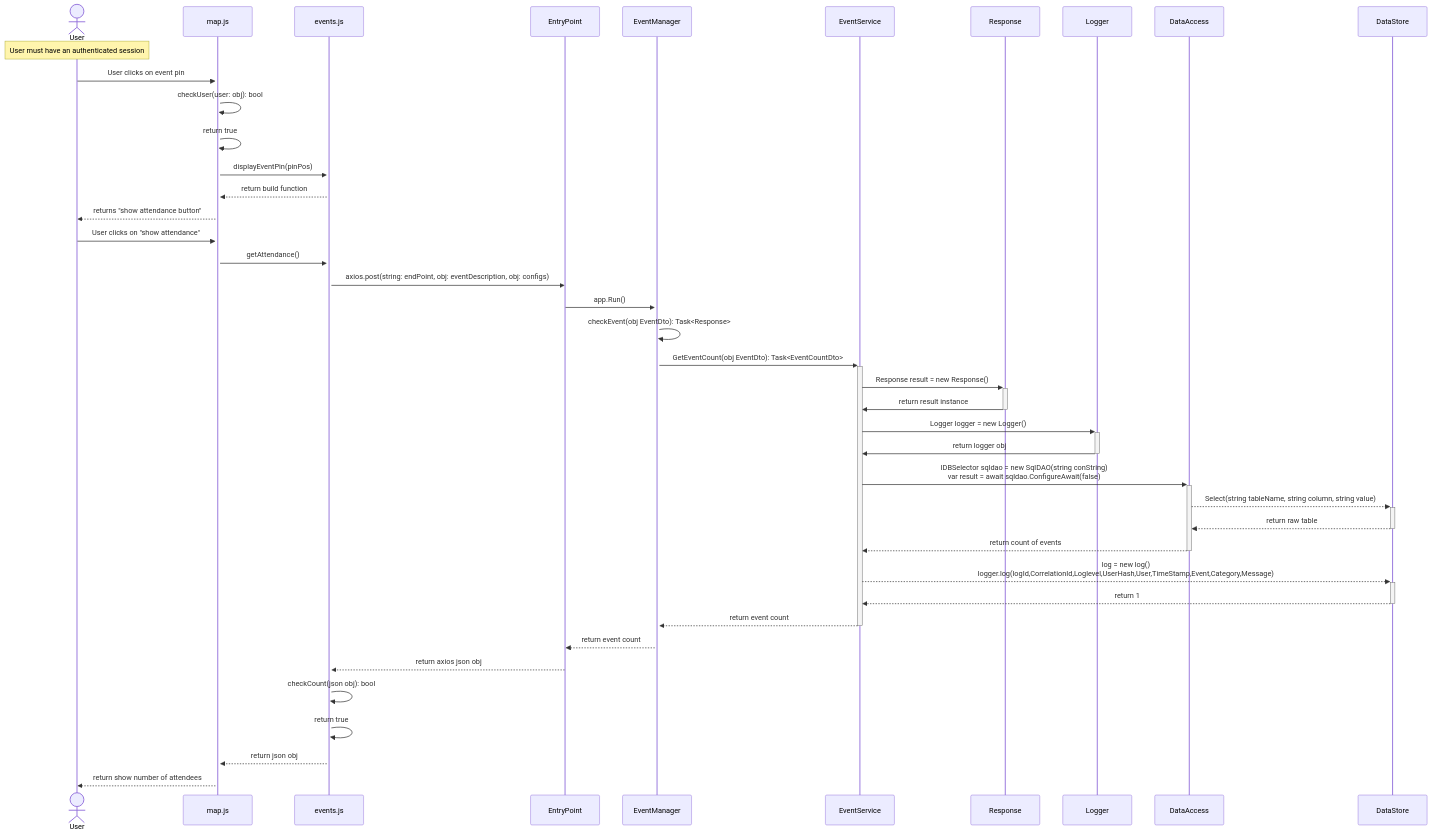
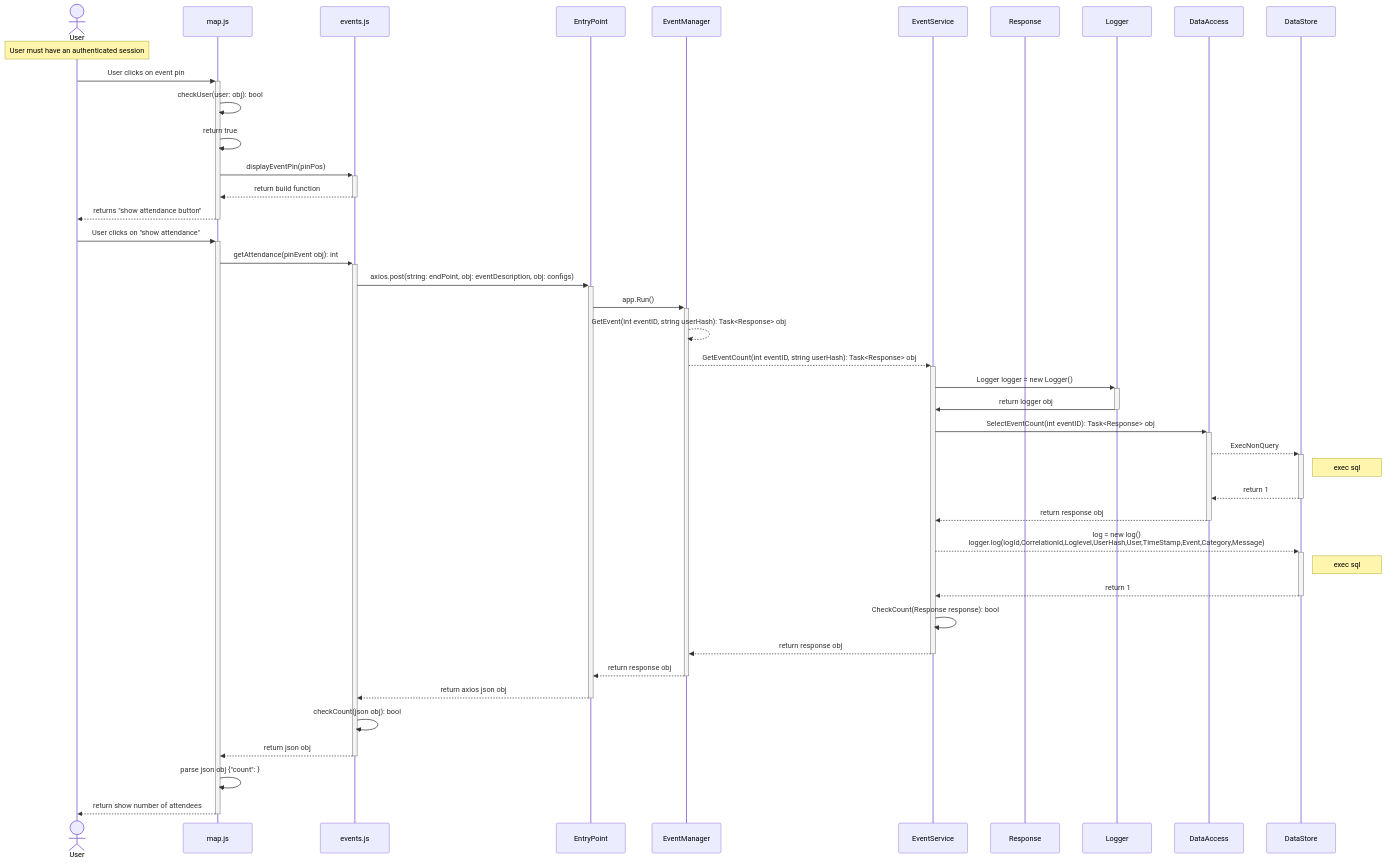
The diagram in events/success/event-display-attendance.md (JosephArmas/cecs-491A-Team-Big-Data), drawn with Mermaid before and after one commit. The commit also changed 10 other files, not shown here.

````diff
--- a/events/success/event-display-attendance.md
+++ b/events/success/event-display-attendance.md
@@ -2,45 +2,46 @@
 ```mermaid
 sequenceDiagram
     actor User
     participant map.js
     participant events.js
     participant EntryPoint
     participant EventManager
     participant EventService
     participant Response
     participant Logger
     participant DataAccess
     participant DataStore
     note over User: User must have an authenticated session
     User->>+map.js: User clicks on event pin
     map.js->>map.js: checkUser(user: obj): bool
     map.js->>map.js: return true
     map.js->>+events.js: displayEventPin(pinPos)
-    events.js-->>map.js: return build function  
-    map.js-->>User: returns "show attendance button"
-    User->>map.js: User clicks on "show attendance"
-    map.js->>events.js: getAttendance()
-    events.js->>EntryPoint: axios.post(string: endPoint, obj: eventDescription, obj: configs)
+    events.js-->>-map.js: return build function  
+    map.js-->>-User: returns "show attendance button"
+    User->>+map.js: User clicks on "show attendance"
+    map.js->>+events.js: getAttendance(pinEvent obj): int
+    events.js->>+EntryPoint: axios.post(string: endPoint, obj: eventDescription, obj: configs)
     EntryPoint->>+EventManager: app.Run()
-    EventManager->>EventManager: checkEvent(obj EventDto): Task<Response> 
-    EventManager->>+EventService: GetEventCount(obj EventDto): Task<EventCountDto>
-    EventService->>+Response: Response result = new Response()
-    Response->>-EventService: return result instance
+    EventManager-->>EventManager: GetEvent(int eventID, string userHash): Task<Response> obj
+    EventManager-->>+EventService: GetEventCount(int eventID, string userHash): Task<Response> obj
     EventService->>+Logger: Logger logger = new Logger()
     Logger->>-EventService: return logger obj
-    EventService->>+DataAccess: IDBSelector sqldao = new SqlDAO(string conString)<br>var result = await sqldao.ConfigureAwait(false)
-    DataAccess-->>+DataStore: Select(string tableName, string column, string value)
-    DataStore-->>-DataAccess: return raw table
-    DataAccess-->>-EventService: return count of events
+    EventService->>+DataAccess: SelectEventCount(int eventID): Task<Response> obj
+    DataAccess-->>+DataStore: ExecNonQuery
+    note right of DataStore: exec sql
+    DataStore-->>-DataAccess: return 1 
+    DataAccess-->>-EventService: return response obj
     EventService-->>+DataStore: log = new log()<br> logger.log(logId,CorrelationId,Loglevel,UserHash,User,TimeStamp,Event,Category,Message)
+    note right of DataStore: exec sql
     DataStore-->>-EventService: return 1
-    EventService-->>-EventManager: return event count
-    EventManager-->>EntryPoint: return event count
-    EntryPoint-->>events.js: return axios json obj
+    EventService->>EventService: CheckCount(Response response): bool
+    EventService-->>-EventManager: return response obj
+    EventManager-->>-EntryPoint: return response obj
+    EntryPoint-->>-events.js: return axios json obj
     events.js->>events.js: checkCount(json obj): bool
-    events.js->>events.js: return true
-    events.js-->>map.js: return json obj 
-    map.js-->>User: return show number of attendees
+    events.js-->>-map.js: return json obj 
+    map.js->>map.js: parse json obj {"count": }
+    map.js-->>-User: return show number of attendees
     
 
 ```
````
